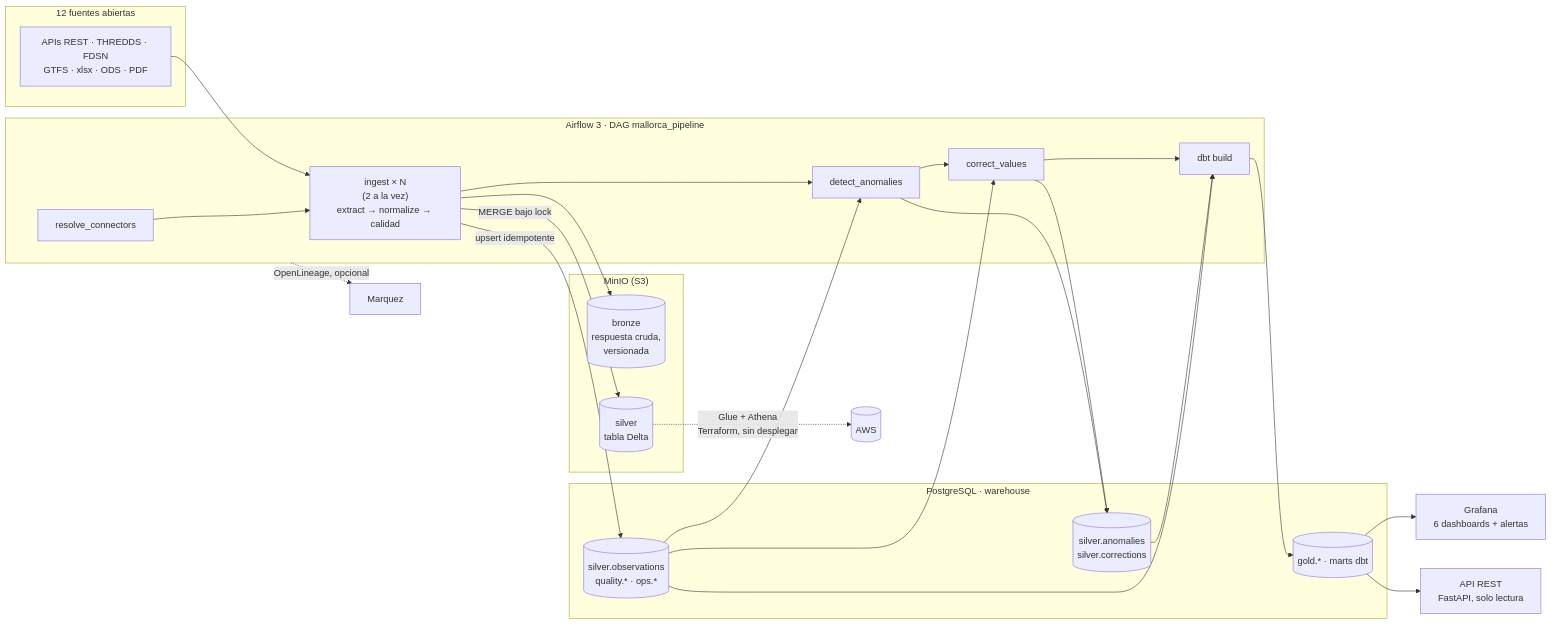
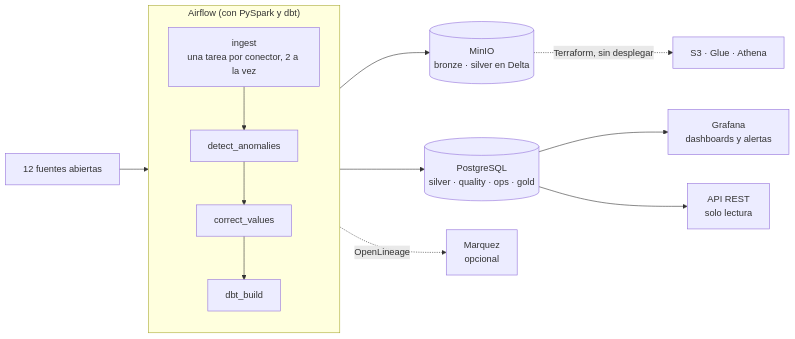
Before and after one commit to AlexandreColl/MallorcaDataPlatform: the first of 2 diagrams in docs/architecture.md, drawn with Mermaid. The commit also changed 2 other files, not shown here.

Commit message:
📝 docs: simplify the architecture diagrams

````diff
--- a/docs/architecture.md
+++ b/docs/architecture.md
@@ -28,32 +28,14 @@
 ```mermaid
 flowchart LR
-    subgraph Fuentes["12 fuentes abiertas"]
-        API[APIs REST · THREDDS · FDSN<br/>GTFS · xlsx · ODS · PDF]
+    SRC["12 fuentes abiertas"] --> AF
+    subgraph AF["Airflow (con PySpark y dbt)"]
+        direction TB
+        ING["ingest<br/>una tarea por conector, 2 a la vez"] --> DET[detect_anomalies] --> COR[correct_values] --> DBT[dbt_build]
     end
-    subgraph Orq["Airflow 3 · DAG mallorca_pipeline"]
-        R[resolve_connectors] --> I["ingest × N<br/>(2 a la vez)<br/>extract → normalize → calidad"]
-        I --> AN[detect_anomalies]
-        AN --> CO[correct_values]
-        CO --> DBT[dbt build]
-    end
-    subgraph Lake["MinIO (S3)"]
-        BR[(bronze<br/>respuesta cruda,<br/>versionada)]
-        SL[(silver<br/>tabla Delta)]
-    end
-    subgraph WH["PostgreSQL · warehouse"]
-        SV[(silver.observations<br/>quality.* · ops.*)]
-        AC[(silver.anomalies<br/>silver.corrections)]
-        GD[(gold.* · marts dbt)]
-    end
-    API --> I
-    I --> BR
-    I -->|MERGE bajo lock| SL
-    I -->|upsert idempotente| SV
-    SV --> AN --> AC
-    SV --> CO --> AC
-    SV & AC --> DBT --> GD
-    GD --> GF[Grafana<br/>6 dashboards + alertas]
-    GD --> FA[API REST<br/>FastAPI, solo lectura]
-    SL -.->|Glue + Athena<br/>Terraform, sin desplegar| AWS[(AWS)]
-    Orq -.->|OpenLineage, opcional| MQ[Marquez]
+    AF --> MINIO[("MinIO<br/>bronze · silver en Delta")]
+    AF --> PG[("PostgreSQL<br/>silver · quality · ops · gold")]
+    PG --> GF["Grafana<br/>dashboards y alertas"]
+    PG --> API["API REST<br/>solo lectura"]
+    AF -.->|OpenLineage| MQ["Marquez<br/>opcional"]
+    MINIO -.->|"Terraform, sin desplegar"| AWS["S3 · Glue · Athena"]
 ```
````
